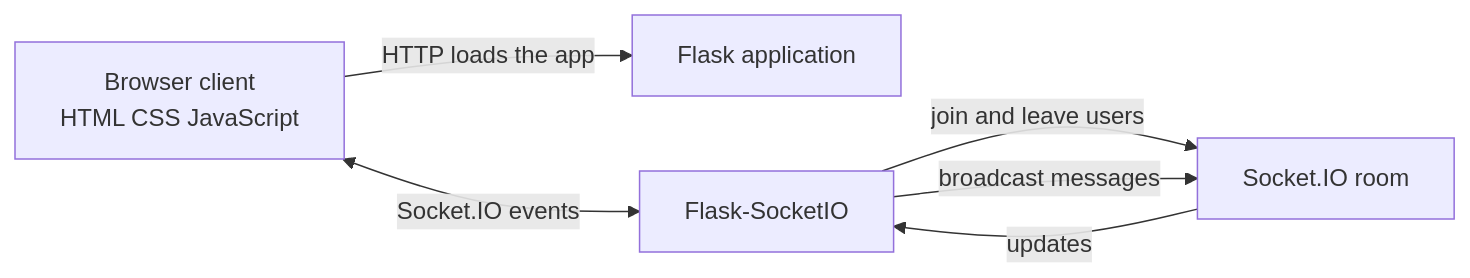
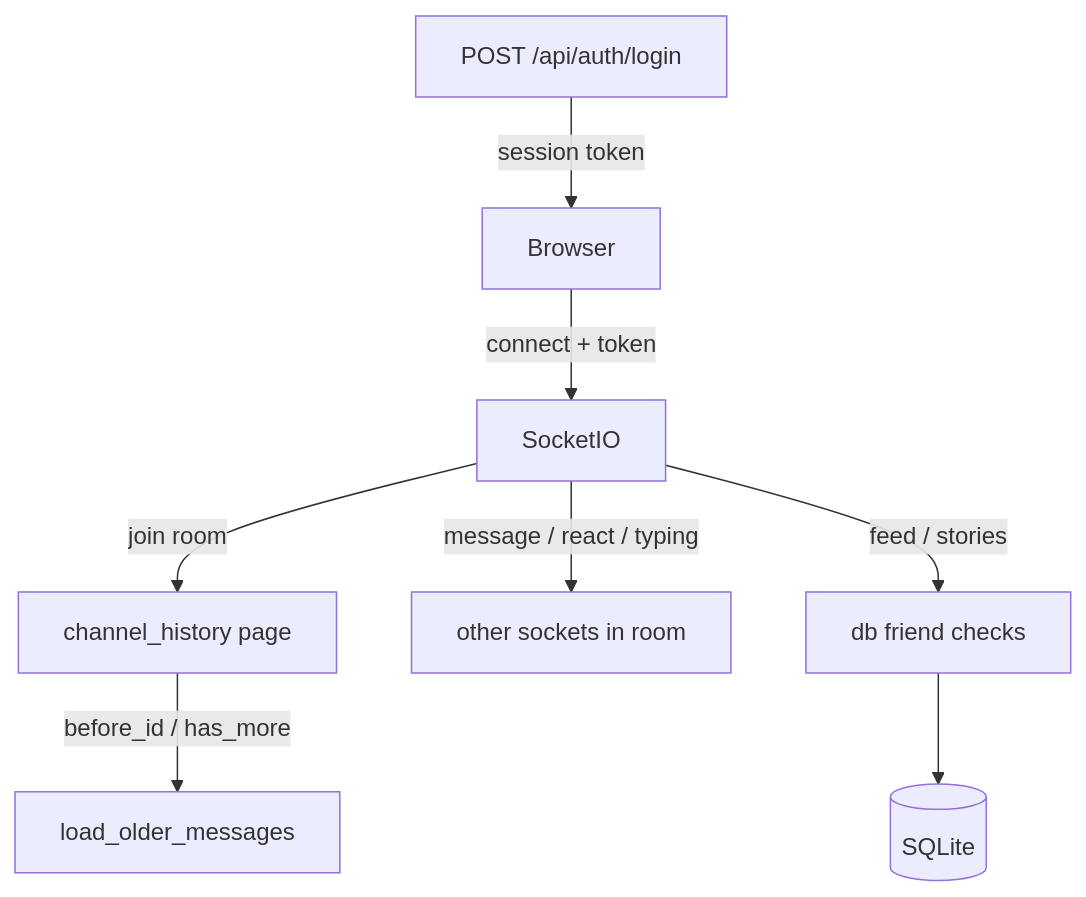
One commit to code-by-panashe-sanyanga/ChatWire changed the second of 2 diagrams in README.md. Above: the diagram before and after it, drawn with Mermaid. The commit also changed other lines of this file and 24 other files, not shown here.

````diff
--- a/README.md
+++ b/README.md
@@ -88,13 +76,10 @@
 ```mermaid
-flowchart LR
-  Browser[Browser client\nHTML CSS JavaScript]
-  Server[Flask application]
-  SocketIO[Flask-SocketIO]
-  Room[Socket.IO room]
-
-  Browser -->|HTTP loads the app| Server
-  Browser <-->|Socket.IO events| SocketIO
-  SocketIO -->|join and leave users| Room
-  SocketIO -->|broadcast messages| Room
-  Room -->|updates| SocketIO
+flowchart TD
+  Login[POST /api/auth/login] -->|session token| Browser
+  Browser -->|connect + token| SocketIO
+  SocketIO -->|join room| History[channel_history page]
+  History -->|before_id / has_more| Older[load_older_messages]
+  SocketIO -->|message / react / typing| Peers[other sockets in room]
+  SocketIO -->|feed / stories| FriendsCheck[db friend checks]
+  FriendsCheck --> SQL[(SQLite)]
 ```
````
